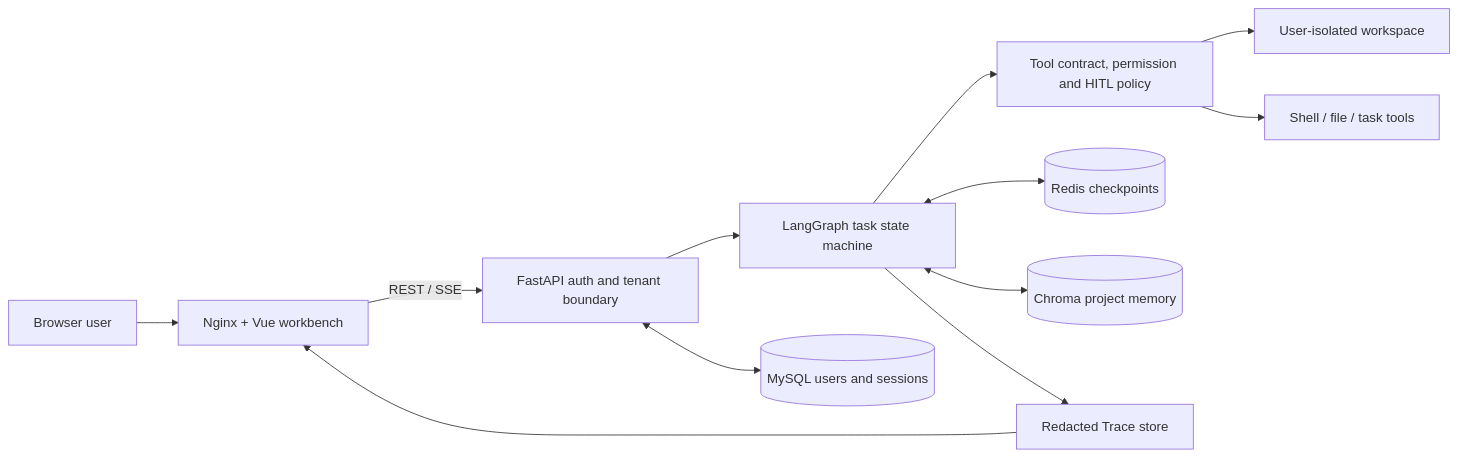
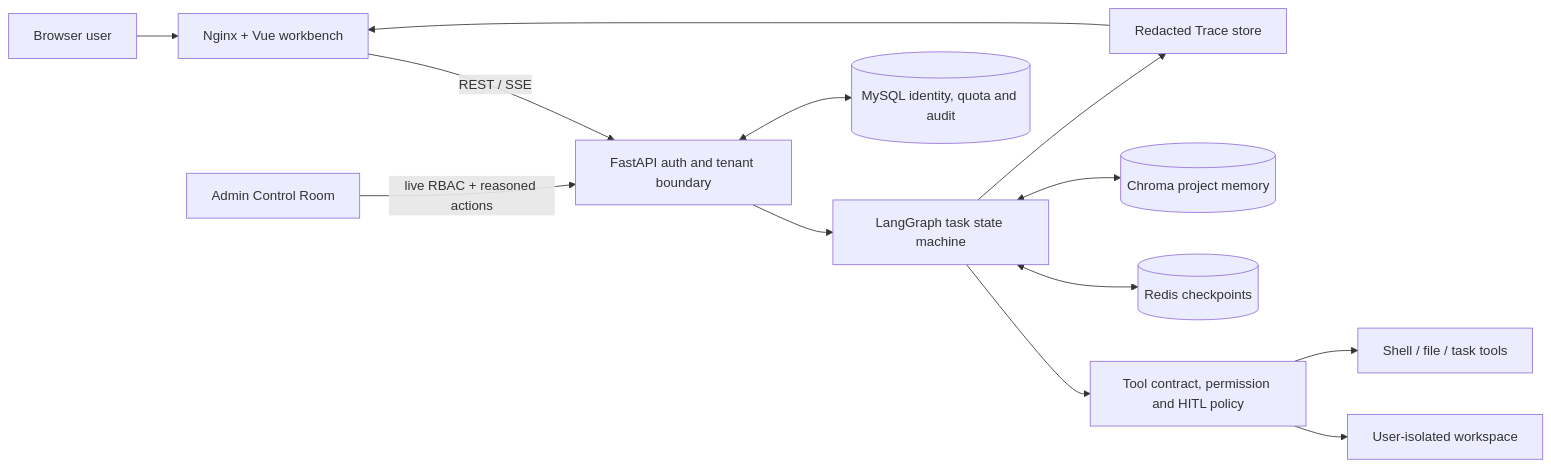
One commit to Gxh-aviliable/enterprise-controlled-coding-agent changed the diagram in README.md. Above: the diagram before and after it, drawn with Mermaid. The commit also changed other lines of this file and 52 other files, not shown here.

Commit message:
feat: add governed admin control room

````diff
--- a/README.md
+++ b/README.md
@@ -124,14 +137,15 @@
 ```mermaid
 flowchart LR
     U["Browser user"] --> N["Nginx + Vue workbench"]
     N -->|"REST / SSE"| API["FastAPI auth and tenant boundary"]
     API --> G["LangGraph task state machine"]
     G --> P["Tool contract, permission and HITL policy"]
     P --> W["User-isolated workspace"]
     P --> S["Shell / file / task tools"]
     G <--> R[("Redis checkpoints")]
-    API <--> M[("MySQL users and sessions")]
+    API <--> M[("MySQL identity, quota and audit")]
+    A["Admin Control Room"] -->|"live RBAC + reasoned actions"| API
     G <--> C[("Chroma project memory")]
     G --> T["Redacted Trace store"]
     T --> N
 ```
````
